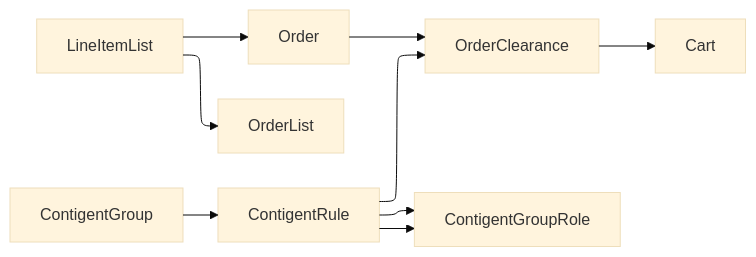
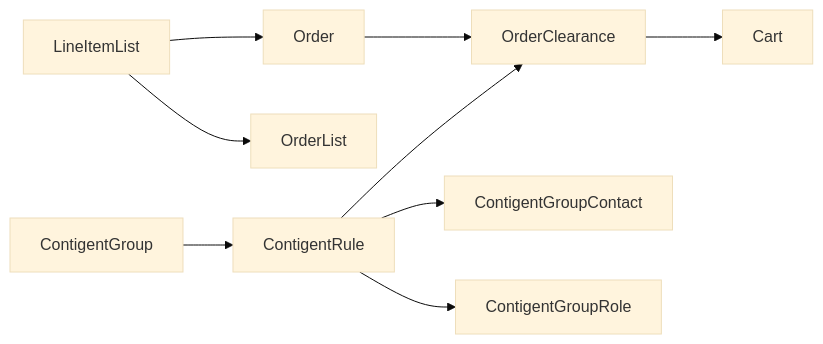
The third of 4 diagrams in products/extensions/b2b-suite/concept/system-architecture.md (shopware/docs), drawn with Mermaid (base theme) before and after one commit. The commit also changed 11 other files, not shown here.

````diff
--- a/products/extensions/b2b-suite/concept/system-architecture.md
+++ b/products/extensions/b2b-suite/concept/system-architecture.md
@@ -71,8 +71,8 @@
 ```mermaid
-flowchart-elk LR
+flowchart LR
     A[LineItemList]-->B[Order]-->C[OrderClearance]-->D[Cart]
     A-->E[OrderList]
     F[ContigentGroup]-->G[ContigentRule]-->H[ContigentGroupContact]
-    G[ContigentRule]-->H[ContigentGroupRole]
+    G[ContigentRule]-->I[ContigentGroupRole]
     G[ContigentRule]-->C
 ```
````
